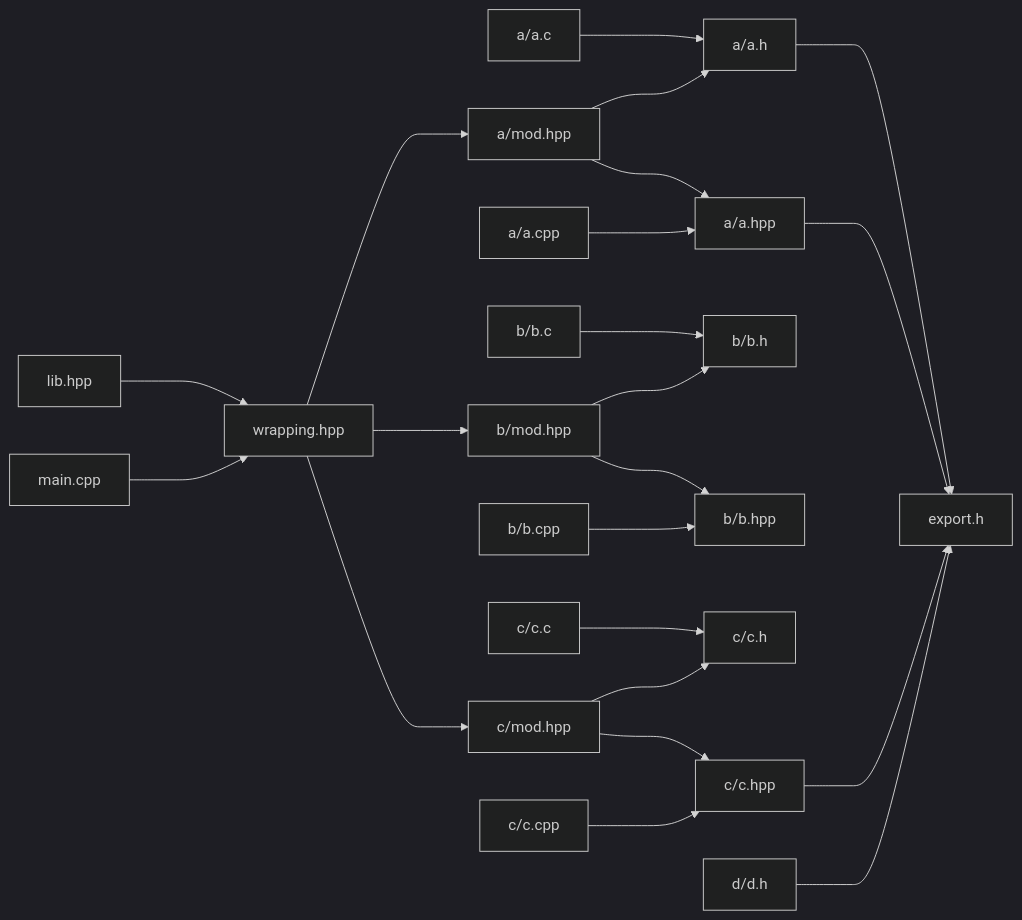
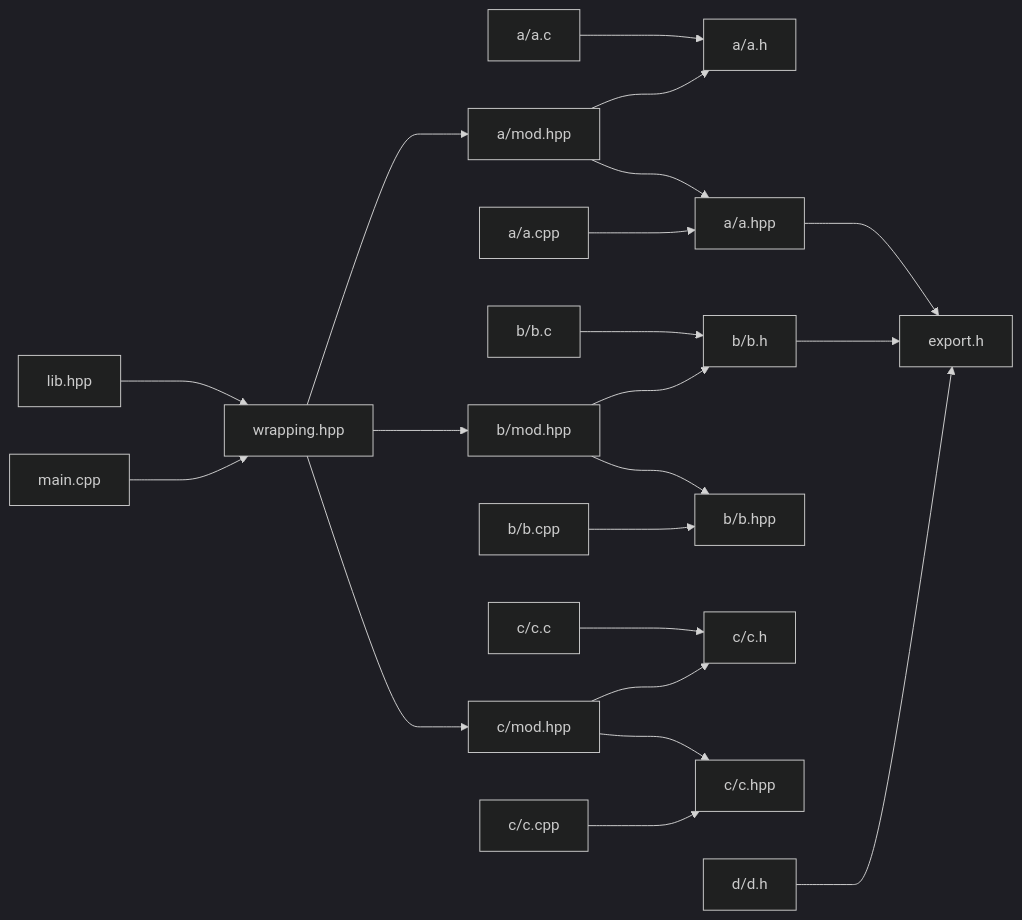
Before and after one commit to ascpkg/asc: the diagram in test_c_cpp/flowchart.md, drawn with Mermaid (dark theme). The commit also changed 5 other files, not shown here.

````diff
--- a/test_c_cpp/flowchart.md
+++ b/test_c_cpp/flowchart.md
@@ -1,24 +1,23 @@
 ```mermaid
 flowchart LR;
     a/a.c ---> a/a.h;
     a/mod.hpp ---> a/a.h;
     a/a.cpp ---> a/a.hpp;
     a/mod.hpp ---> a/a.hpp;
     wrapping.hpp ---> a/mod.hpp;
     b/b.c ---> b/b.h;
     b/mod.hpp ---> b/b.h;
     b/b.cpp ---> b/b.hpp;
     b/mod.hpp ---> b/b.hpp;
     wrapping.hpp ---> b/mod.hpp;
     c/c.c ---> c/c.h;
     c/mod.hpp ---> c/c.h;
     c/c.cpp ---> c/c.hpp;
     c/mod.hpp ---> c/c.hpp;
     wrapping.hpp ---> c/mod.hpp;
-    a/a.h ---> export.h;
     a/a.hpp ---> export.h;
-    c/c.hpp ---> export.h;
+    b/b.h ---> export.h;
     d/d.h ---> export.h;
     lib.hpp ---> wrapping.hpp;
     main.cpp ---> wrapping.hpp;
 ```
````
